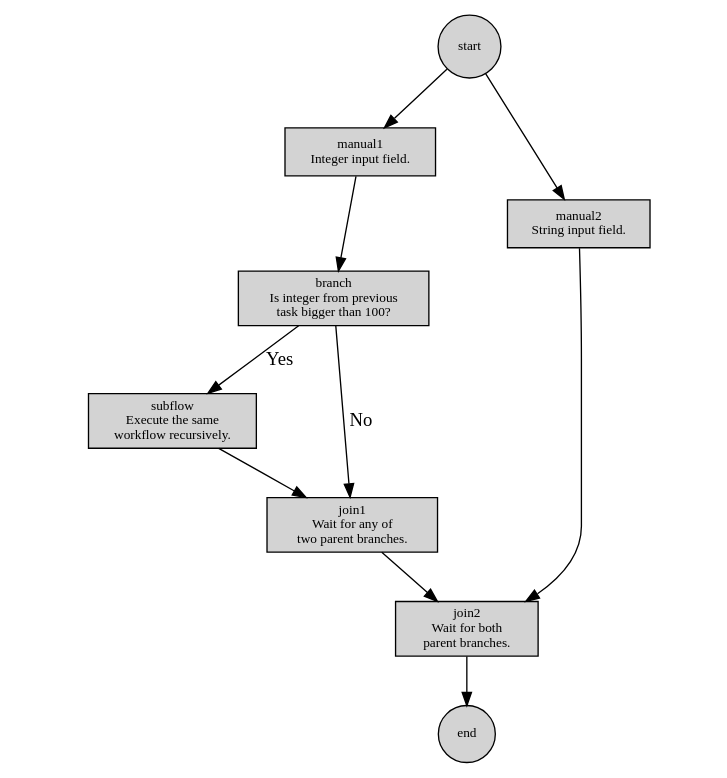
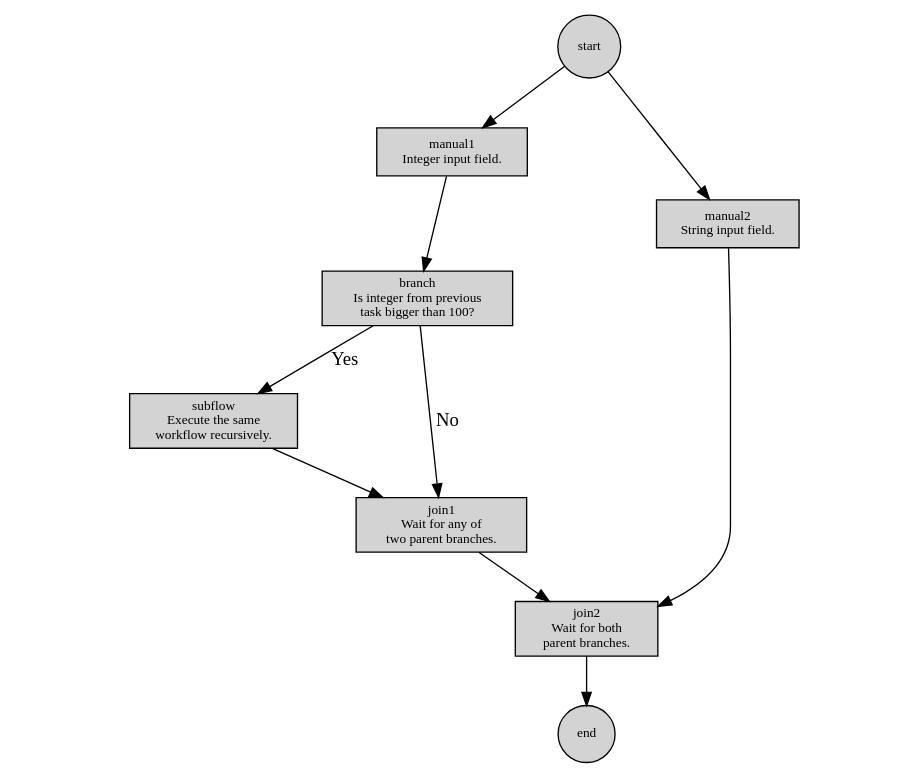
The diagram in frontend/public/images/demo.gv (mpod/scala-workflow), drawn with Graphviz before and after one commit. The commit also changed 1 other file, not shown here.

```diff
--- a/frontend/public/images/demo.gv
+++ b/frontend/public/images/demo.gv
@@ -1,35 +1,35 @@
 digraph graph_name {
   graph [
     fontsize = 10,
     overlap = false,
-    ratio = 1.075,
+    ratio = 0.85,
   ];
 
   node [
     style = "filled"
     fontsize = 10,
   ];
 
   edge [
   ];
 
   // node define
   start [shape = circle];
   manual1 [shape = box, label = "manual1\nInteger input field."];
   manual2 [shape = box, label = "manual2\nString input field."];
   branch [shape = box, label = "branch\nIs integer from previous \n task bigger than 100?"];
   subflow [shape = box, label = "subflow\nExecute the same \n workflow recursively."];
   join1 [shape = box, label = "join1\nWait for any of \n two parent branches."];
   join2 [shape = box, label = "join2\nWait for both \n parent branches."];
   end [shape = circle];
 
   start -> manual1;
   start -> manual2;
   manual1 -> branch;
   branch -> subflow[label = "Yes"];
   branch -> join1[label = "No"];
   subflow -> join1;
   join1 -> join2;
   manual2 -> join2;
   join2 -> end;
 }
```
